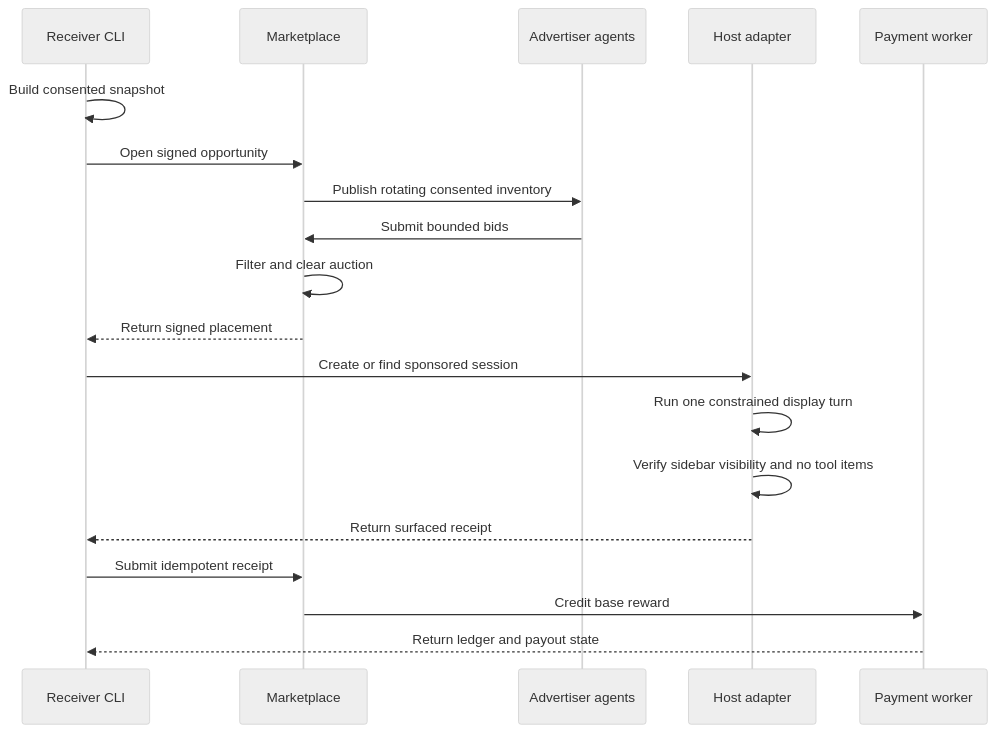
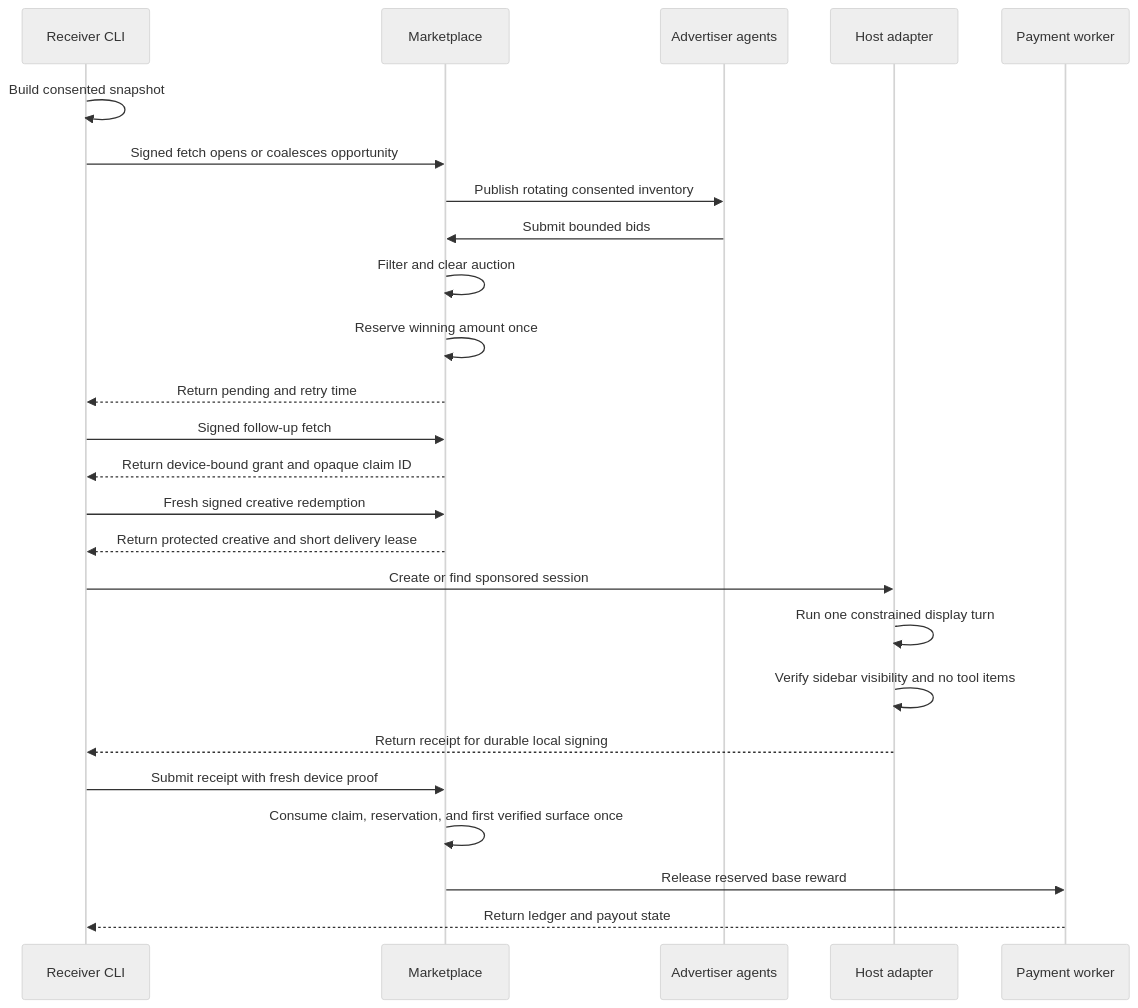
The second of 6 diagrams in docs/plans/2026-08-15-1055-feat-ad-daddy-marketplace-plan.md (eabnelson/ad-daddy), drawn with Mermaid (neutral theme) before and after one commit. The commit also changed other lines of this file and 4 other files, not shown here.

````diff
--- a/docs/plans/2026-08-15-1055-feat-ad-daddy-marketplace-plan.md
+++ b/docs/plans/2026-08-15-1055-feat-ad-daddy-marketplace-plan.md
@@ -215,21 +225,27 @@
 ```mermaid
 sequenceDiagram
   participant C as Receiver CLI
   participant M as Marketplace
   participant A as Advertiser agents
   participant H as Host adapter
   participant P as Payment worker
   C->>C: Build consented snapshot
-  C->>M: Open signed opportunity
+  C->>M: Signed fetch opens or coalesces opportunity
   M->>A: Publish rotating consented inventory
   A->>M: Submit bounded bids
   M->>M: Filter and clear auction
-  M-->>C: Return signed placement
+  M->>M: Reserve winning amount once
+  M-->>C: Return pending and retry time
+  C->>M: Signed follow-up fetch
+  M-->>C: Return device-bound grant and opaque claim ID
+  C->>M: Fresh signed creative redemption
+  M-->>C: Return protected creative and short delivery lease
   C->>H: Create or find sponsored session
   H->>H: Run one constrained display turn
   H->>H: Verify sidebar visibility and no tool items
-  H-->>C: Return surfaced receipt
-  C->>M: Submit idempotent receipt
-  M->>P: Credit base reward
+  H-->>C: Return receipt for durable local signing
+  C->>M: Submit receipt with fresh device proof
+  M->>M: Consume claim, reservation, and first verified surface once
+  M->>P: Release reserved base reward
   P-->>C: Return ledger and payout state
 ```
````
